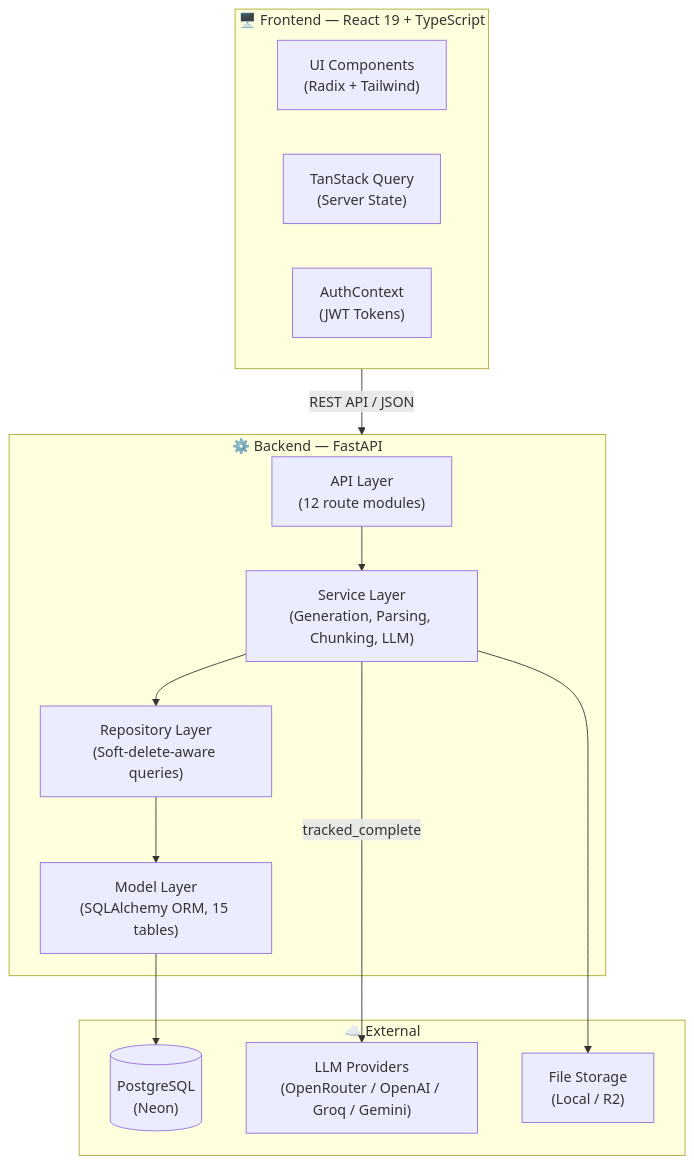
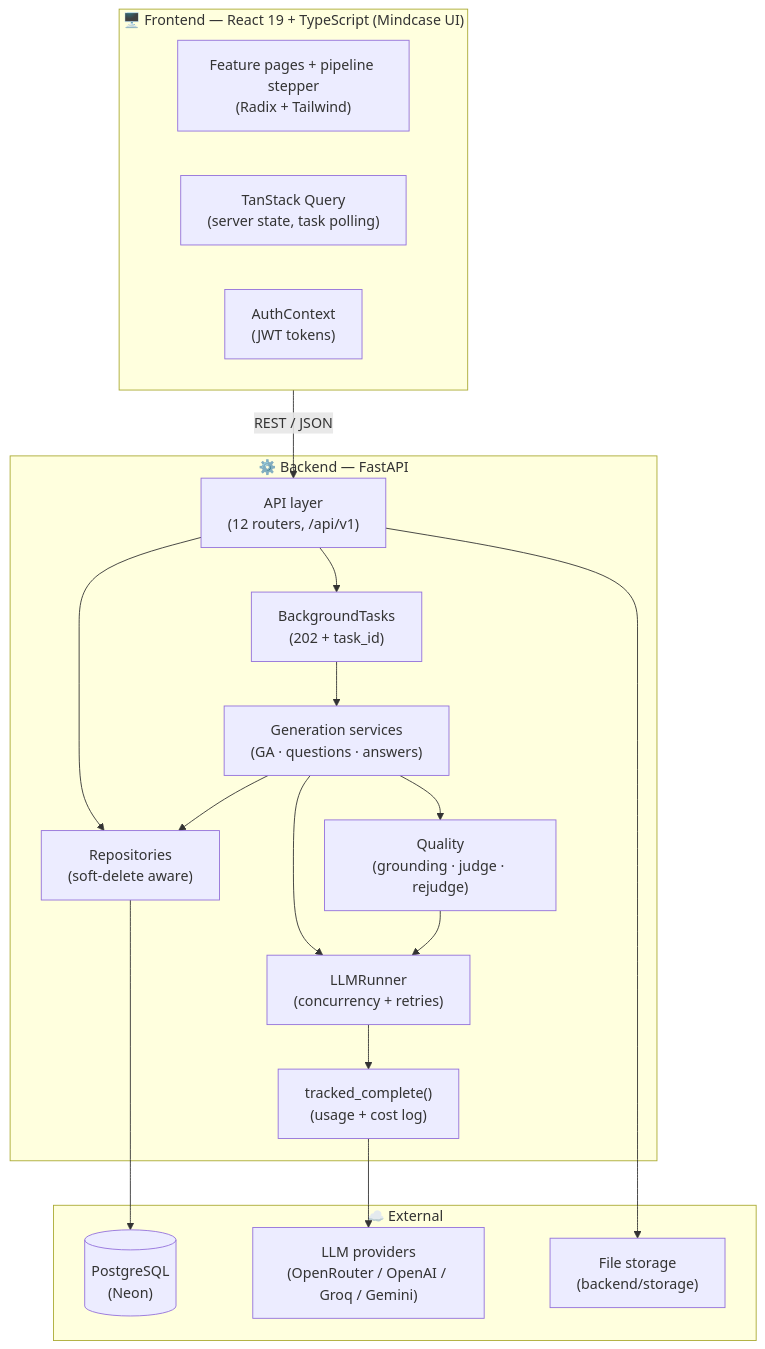
One commit to Mukassir-Ahmed-Farooqui/quick-dataset changed the first of 8 diagrams in README.md. Above: the diagram before and after it, drawn with Mermaid. The commit also changed other lines of this file, not shown here.

Commit message:
docs(readme): update architecture, pipeline, status, folder structure, env vars, API and tests (#7)

````diff
--- a/README.md
+++ b/README.md
@@ -264,29 +297,33 @@
 ```mermaid
 graph TB
-    subgraph Client["🖥️ Frontend — React 19 + TypeScript"]
-        UI["UI Components<br/>(Radix + Tailwind)"]
-        State["TanStack Query<br/>(Server State)"]
-        Auth["AuthContext<br/>(JWT Tokens)"]
+    subgraph Client["🖥️ Frontend — React 19 + TypeScript (Mindcase UI)"]
+        UI["Feature pages + pipeline stepper<br/>(Radix + Tailwind)"]
+        State["TanStack Query<br/>(server state, task polling)"]
+        Auth["AuthContext<br/>(JWT tokens)"]
     end
 
     subgraph Server["⚙️ Backend — FastAPI"]
-        API["API Layer<br/>(12 route modules)"]
-        Services["Service Layer<br/>(Generation, Parsing, Chunking, LLM)"]
-        Repos["Repository Layer<br/>(Soft-delete-aware queries)"]
-        Models["Model Layer<br/>(SQLAlchemy ORM, 15 tables)"]
+        API["API layer<br/>(12 routers, /api/v1)"]
+        BG["BackgroundTasks<br/>(202 + task_id)"]
+        Gen["Generation services<br/>(GA · questions · answers)"]
+        Quality["Quality<br/>(grounding · judge · rejudge)"]
+        Runner["LLMRunner<br/>(concurrency + retries)"]
+        Tracked["tracked_complete()<br/>(usage + cost log)"]
+        Repos["Repositories<br/>(soft-delete aware)"]
     end
 
     subgraph External["☁️ External"]
         DB[("PostgreSQL<br/>(Neon)")]
-        LLM["LLM Providers<br/>(OpenRouter / OpenAI / Groq / Gemini)"]
-        Storage["File Storage<br/>(Local / R2)"]
+        LLM["LLM providers<br/>(OpenRouter / OpenAI / Groq / Gemini)"]
+        Storage["File storage<br/>(backend/storage)"]
     end
 
-    Client -->|REST API / JSON| Server
-    API --> Services
-    Services --> Repos
-    Services -->|tracked_complete| LLM
-    Repos --> Models
-    Models --> DB
-    Services --> Storage
+    Client -->|REST / JSON| API
+    API --> BG --> Gen
+    Gen --> Quality
+    Gen --> Runner --> Tracked --> LLM
+    Quality --> Runner
+    API --> Repos --> DB
+    Gen --> Repos
+    API --> Storage
 ```
````
